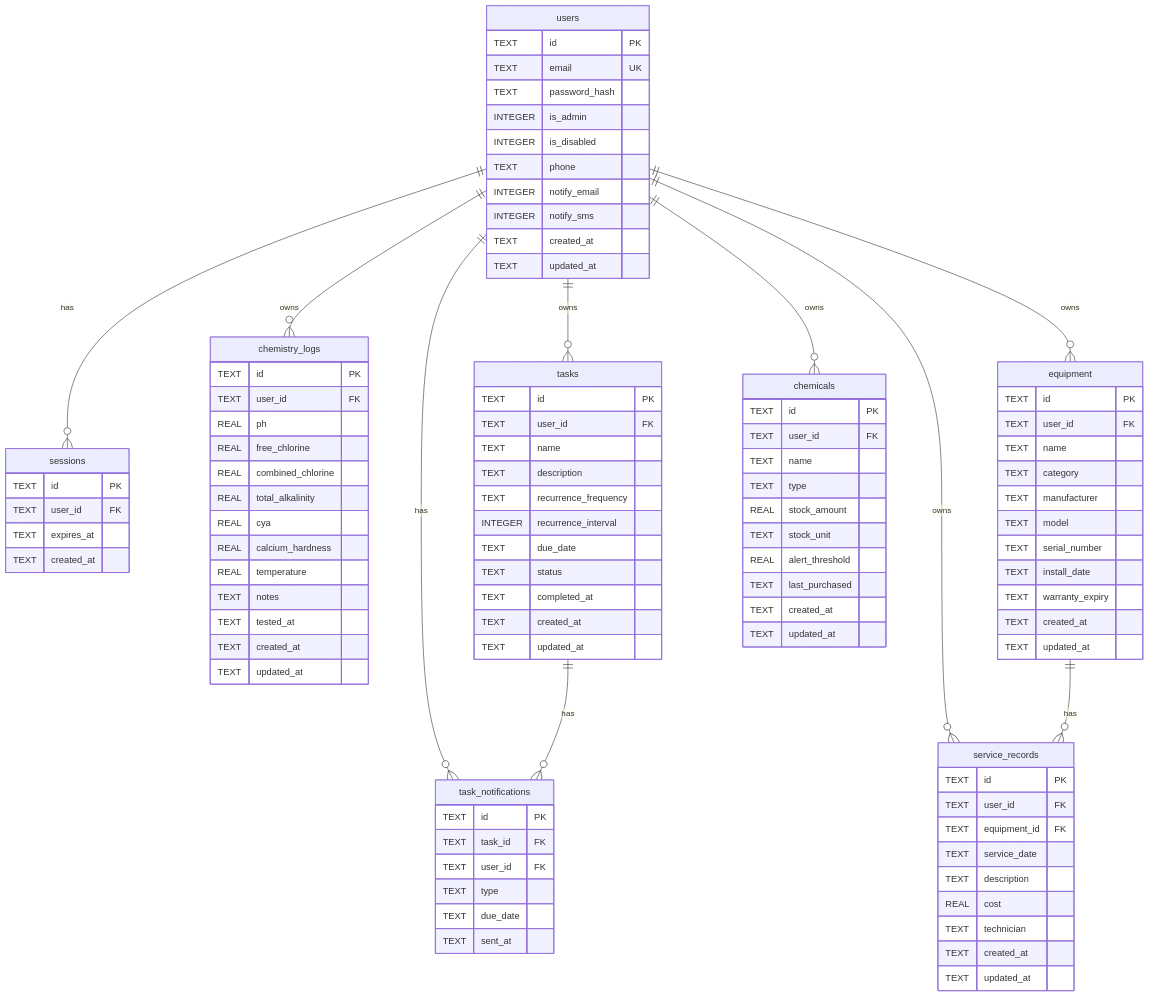
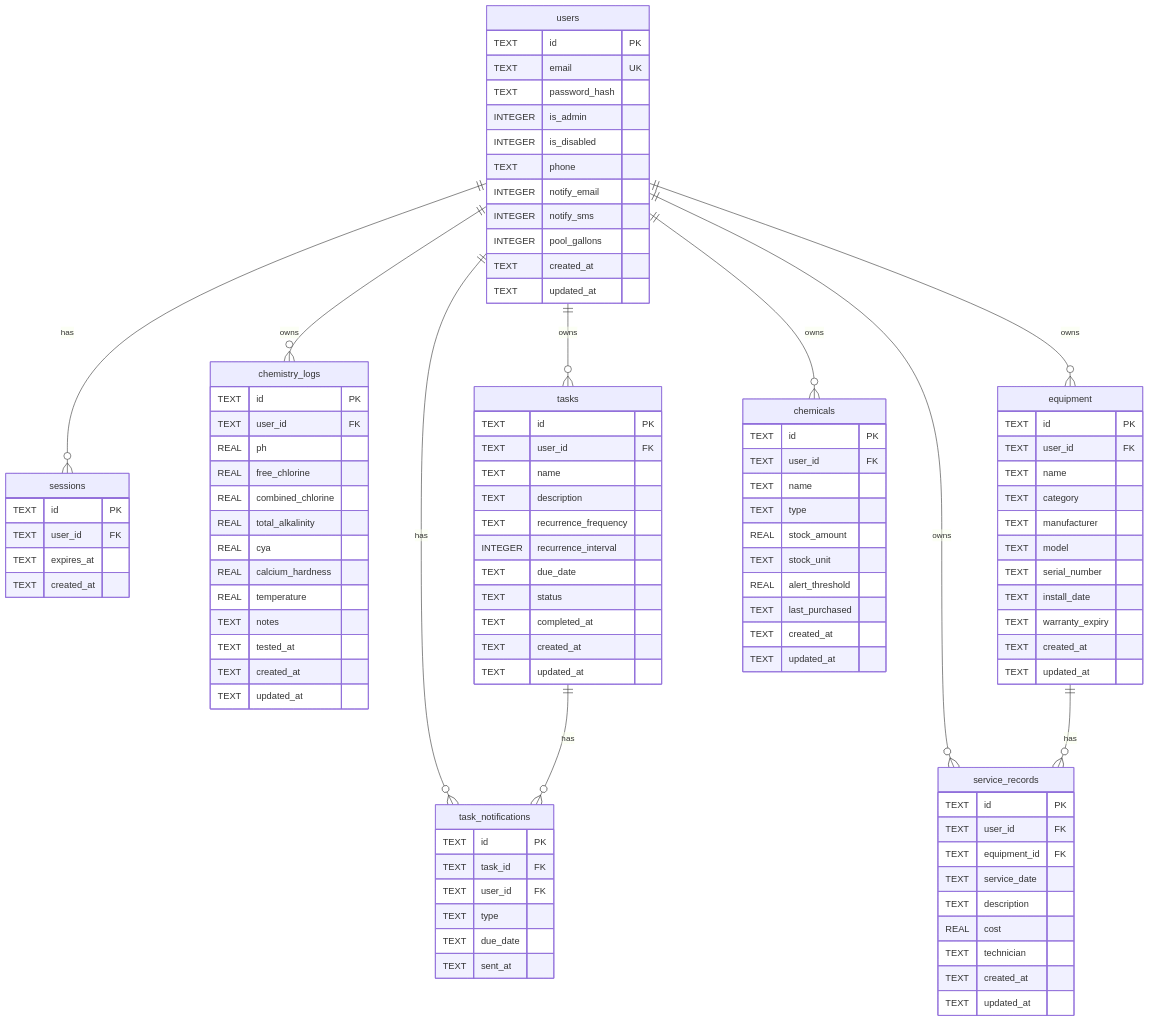
One commit to joshthewhite/poolvibes changed the diagram in docs/architecture.md. Above: the diagram before and after it, drawn with Mermaid. The commit also changed 22 other files, not shown here.

```diff
--- a/docs/architecture.md
+++ b/docs/architecture.md
@@ -94,6 +94,7 @@
         TEXT phone
         INTEGER notify_email
         INTEGER notify_sms
+        INTEGER pool_gallons
         TEXT created_at
         TEXT updated_at
     }
```
